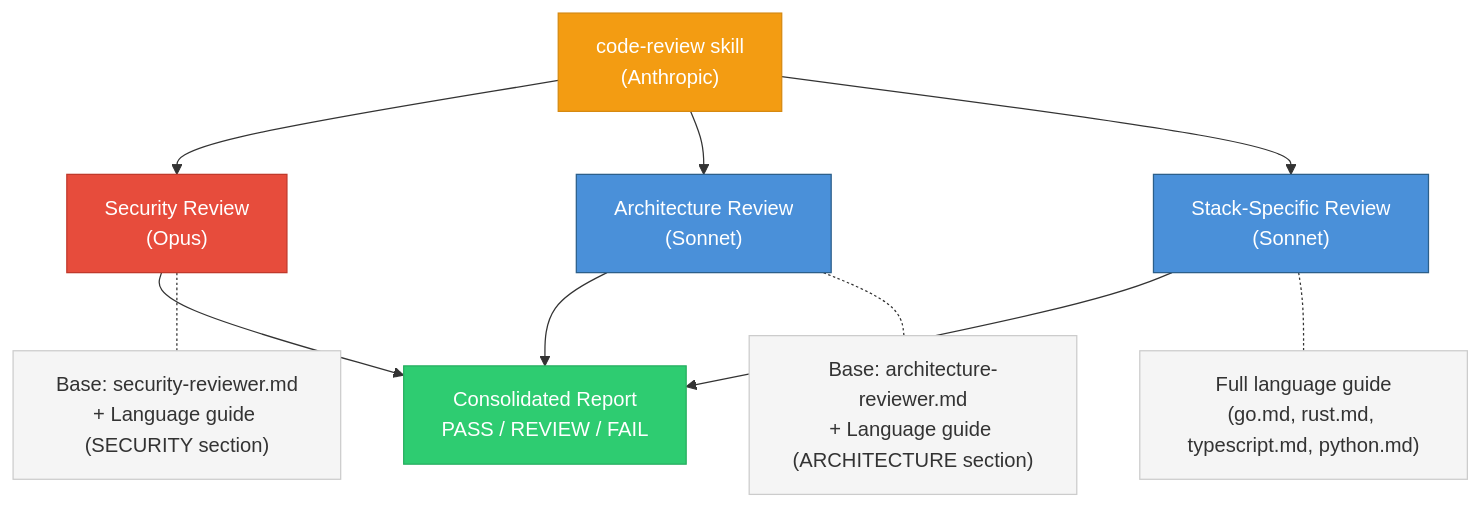
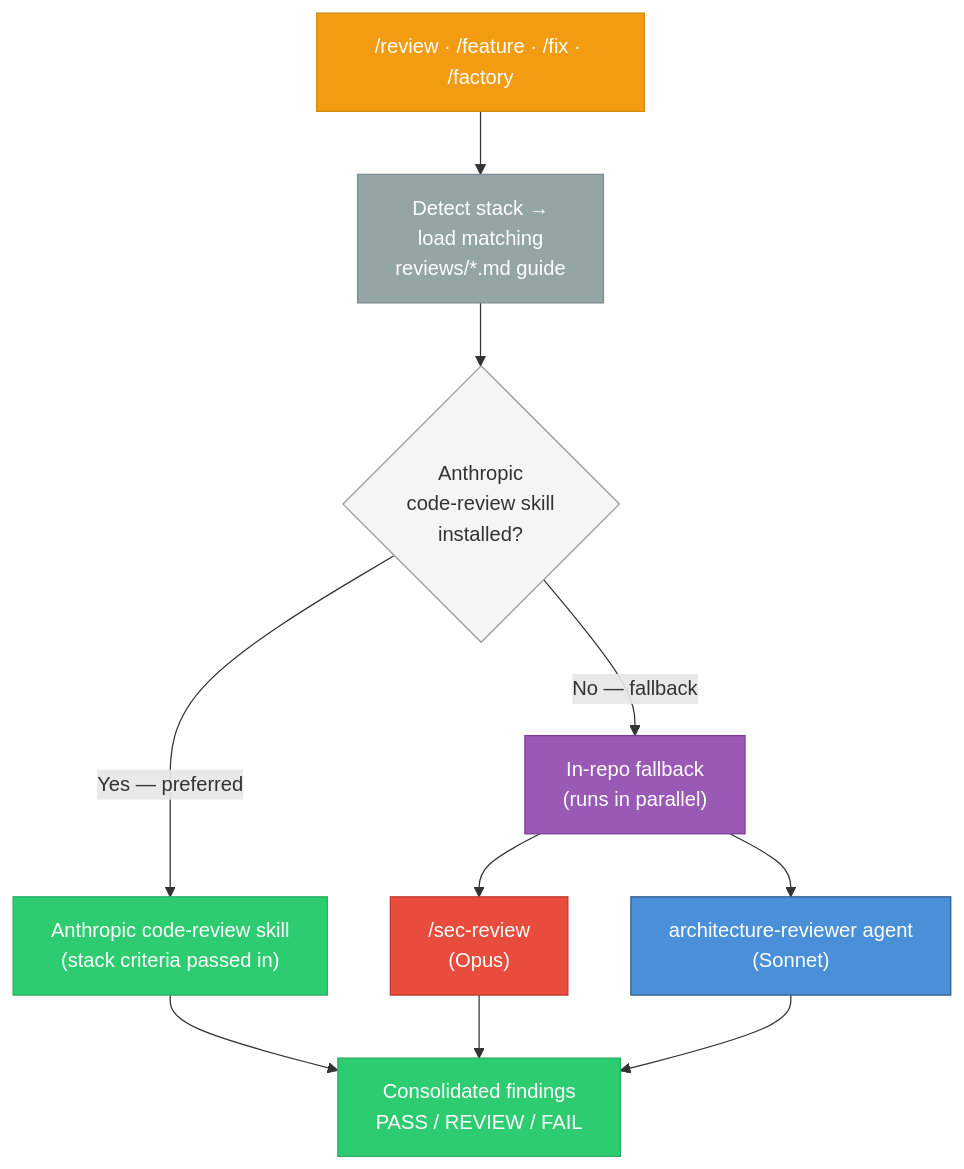
Before and after one commit to 0xrafasec/ai-workflow: the fifth of 7 diagrams in docs/spec-driven-development.md, drawn with Mermaid. The commit also changed other lines of this file and 5 other files, not shown here.

First line of the commit message:
docs: refresh references for /design, /verify-design, /factory and fix review-layer diagram

````diff
--- a/docs/spec-driven-development.md
+++ b/docs/spec-driven-development.md
@@ -171,25 +175,27 @@
 ```mermaid
 flowchart TB
-    CR["code-review skill<br/>(Anthropic)"]
+    TRIGGER["/review · /feature · /fix · /factory"]
+    DETECT["Detect stack →<br/>load matching<br/>reviews/*.md guide"]
 
-    CR --> SEC["Security Review<br/>(Opus)"]
-    CR --> ARCH["Architecture Review<br/>(Sonnet)"]
-    CR --> STACK["Stack-Specific Review<br/>(Sonnet)"]
+    TRIGGER --> DETECT
+    DETECT --> CHOICE{"Anthropic<br/>code-review skill<br/>installed?"}
 
-    SEC --> REPORT["Consolidated Report<br/>PASS / REVIEW / FAIL"]
+    CHOICE -->|Yes — preferred| CR["Anthropic code-review skill<br/>(stack criteria passed in)"]
+    CHOICE -->|No — fallback| FB["In-repo fallback<br/>(runs in parallel)"]
+
+    FB --> SEC["/sec-review<br/>(Opus)"]
+    FB --> ARCH["architecture-reviewer agent<br/>(Sonnet)"]
+
+    CR --> REPORT["Consolidated findings<br/>PASS / REVIEW / FAIL"]
+    SEC --> REPORT
     ARCH --> REPORT
-    STACK --> REPORT
 
-    SEC -.- SEC_GUIDE["Base: security-reviewer.md<br/>+ Language guide (SECURITY section)"]
-    ARCH -.- ARCH_GUIDE["Base: architecture-reviewer.md<br/>+ Language guide (ARCHITECTURE section)"]
-    STACK -.- STACK_GUIDE["Full language guide<br/>(go.md, rust.md, typescript.md, python.md)"]
-
-    style CR fill:#f39c12,stroke:#d68910,color:#fff
+    style TRIGGER fill:#f39c12,stroke:#d68910,color:#fff
+    style DETECT fill:#95a5a6,stroke:#7f8c8d,color:#fff
+    style CHOICE fill:#f5f5f5,stroke:#999,color:#333
+    style CR fill:#2ecc71,stroke:#27ae60,color:#fff
+    style FB fill:#9b59b6,stroke:#7d3c98,color:#fff
     style SEC fill:#e74c3c,stroke:#c0392b,color:#fff
     style ARCH fill:#4a90d9,stroke:#2c5f8a,color:#fff
-    style STACK fill:#4a90d9,stroke:#2c5f8a,color:#fff
     style REPORT fill:#2ecc71,stroke:#27ae60,color:#fff
-    style SEC_GUIDE fill:#f5f5f5,stroke:#ccc,color:#333
-    style ARCH_GUIDE fill:#f5f5f5,stroke:#ccc,color:#333
-    style STACK_GUIDE fill:#f5f5f5,stroke:#ccc,color:#333
 ```
````
